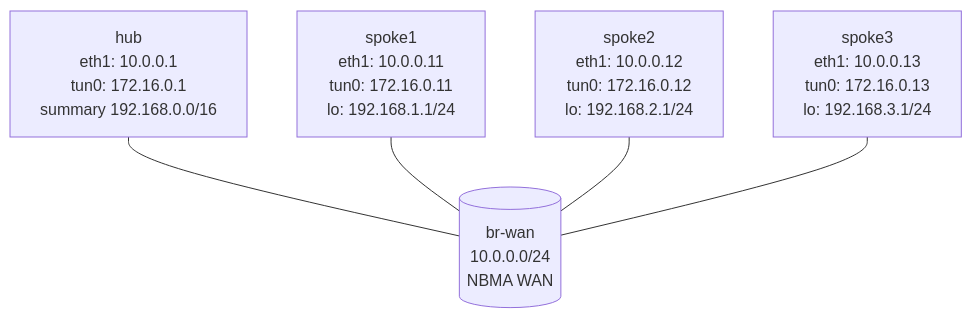
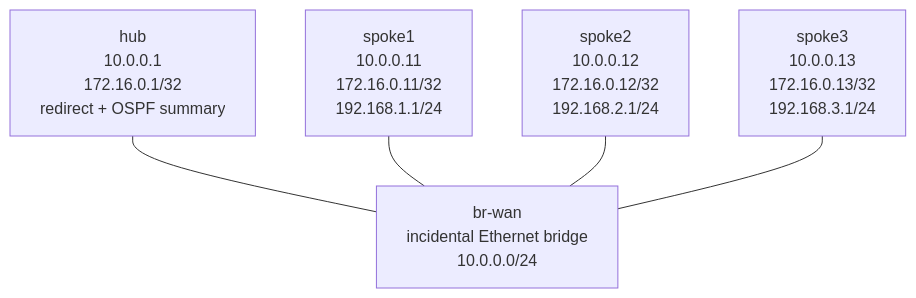
One commit to jschless/networkingLabs changed the diagram in labs/dmvpn-phase3/README.md. Above: the diagram before and after it, drawn with Mermaid. The commit also changed other lines of this file and 281 other files, not shown here.

````diff
--- a/labs/dmvpn-phase3/README.md
+++ b/labs/dmvpn-phase3/README.md
@@ -12,13 +38,13 @@
 ```mermaid
 flowchart TB
-    brwan[("br-wan<br/>10.0.0.0/24<br/>NBMA WAN")]
-    hub["hub<br/>eth1: 10.0.0.1<br/>tun0: 172.16.0.1<br/>summary 192.168.0.0/16"]
-    spoke1["spoke1<br/>eth1: 10.0.0.11<br/>tun0: 172.16.0.11<br/>lo: 192.168.1.1/24"]
-    spoke2["spoke2<br/>eth1: 10.0.0.12<br/>tun0: 172.16.0.12<br/>lo: 192.168.2.1/24"]
-    spoke3["spoke3<br/>eth1: 10.0.0.13<br/>tun0: 172.16.0.13<br/>lo: 192.168.3.1/24"]
+    wan["br-wan<br/>incidental Ethernet bridge<br/>10.0.0.0/24"]
+    hub["hub<br/>10.0.0.1<br/>172.16.0.1/32<br/>redirect + OSPF summary"]
+    s1["spoke1<br/>10.0.0.11<br/>172.16.0.11/32<br/>192.168.1.1/24"]
+    s2["spoke2<br/>10.0.0.12<br/>172.16.0.12/32<br/>192.168.2.1/24"]
+    s3["spoke3<br/>10.0.0.13<br/>172.16.0.13/32<br/>192.168.3.1/24"]
 
-    hub --- brwan
-    spoke1 --- brwan
-    spoke2 --- brwan
-    spoke3 --- brwan
+    hub --- wan
+    s1 --- wan
+    s2 --- wan
+    s3 --- wan
 ```
````
